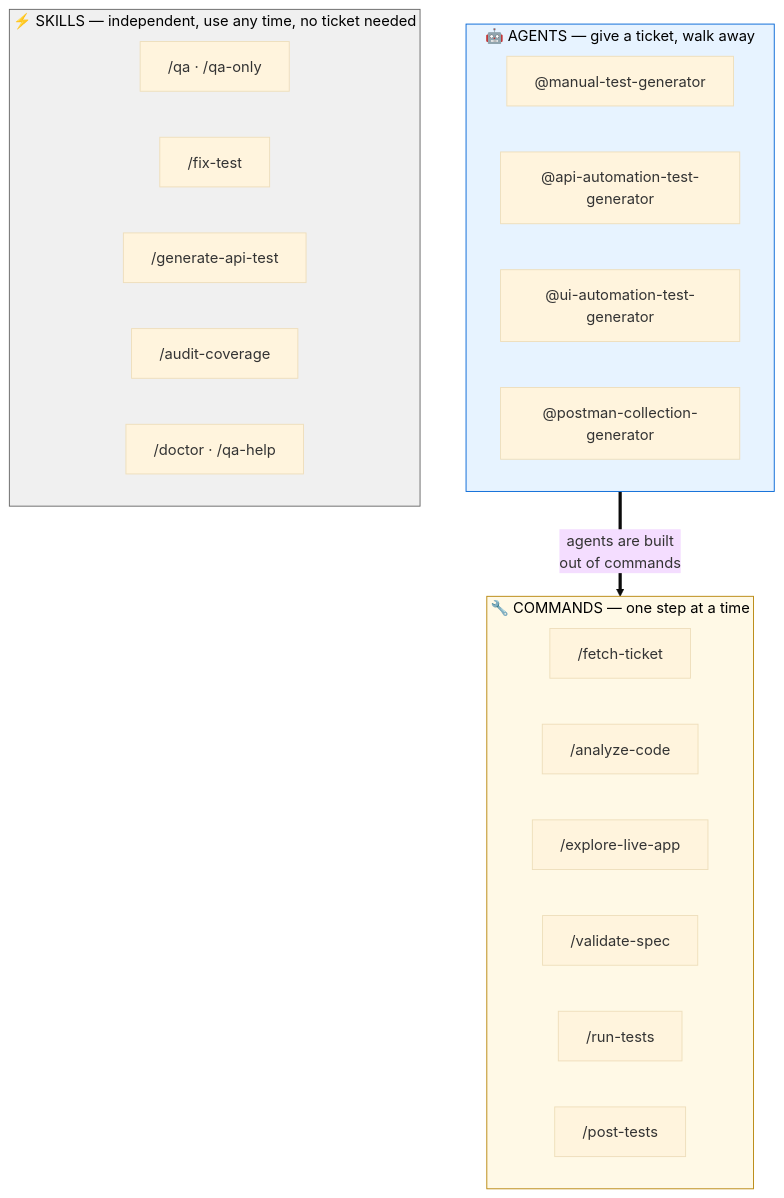
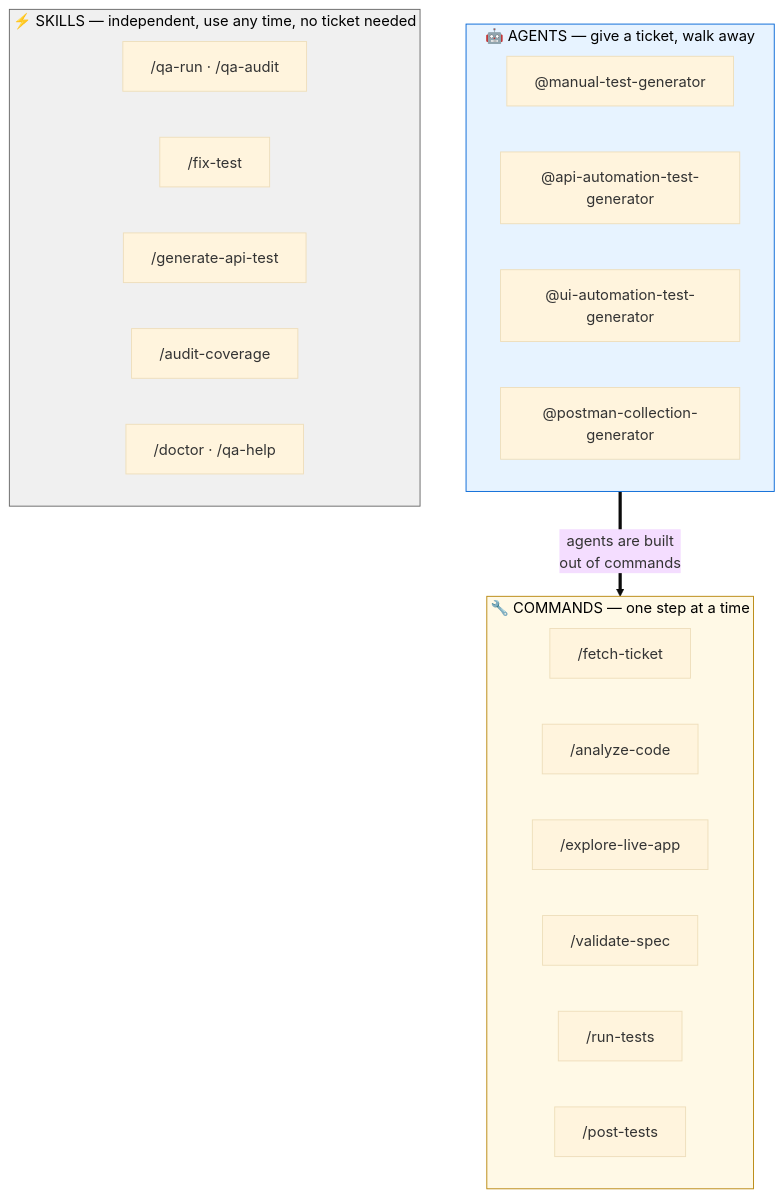
Before and after one commit to NitinTech9/QAAIAgentsTrio: the third of 3 diagrams in README.md, drawn with Mermaid (base theme). The commit also changed other lines of this file and 9 other files, not shown here.

````diff
--- a/README.md
+++ b/README.md
@@ -112,35 +112,35 @@
 ```mermaid
 flowchart TD
     subgraph T3["🤖 AGENTS — give a ticket, walk away"]
         direction LR
         A1["@manual-test-generator"]
         A2["@api-automation-test-generator"]
         A3["@ui-automation-test-generator"]
         A4["@postman-collection-generator"]
     end
 
     subgraph T2["🔧 COMMANDS — one step at a time"]
         direction LR
         C1["/fetch-ticket"]
         C2["/analyze-code"]
         C3["/explore-live-app"]
         C4["/validate-spec"]
         C5["/run-tests"]
         C6["/post-tests"]
     end
 
     subgraph T1["⚡ SKILLS — independent, use any time, no ticket needed"]
         direction LR
-        S1["/qa · /qa-only"]
+        S1["/qa-run · /qa-audit"]
         S2["/fix-test"]
         S3["/generate-api-test"]
         S4["/audit-coverage"]
         S5["/doctor · /qa-help"]
     end
 
     T3 ==>|"agents are built<br/>out of commands"| T2
 
     style T3 fill:#e7f3ff,stroke:#0366d6,color:#000
     style T2 fill:#fff9e6,stroke:#b8860b,color:#000
     style T1 fill:#f0f0f0,stroke:#666,color:#000
 ```
````
